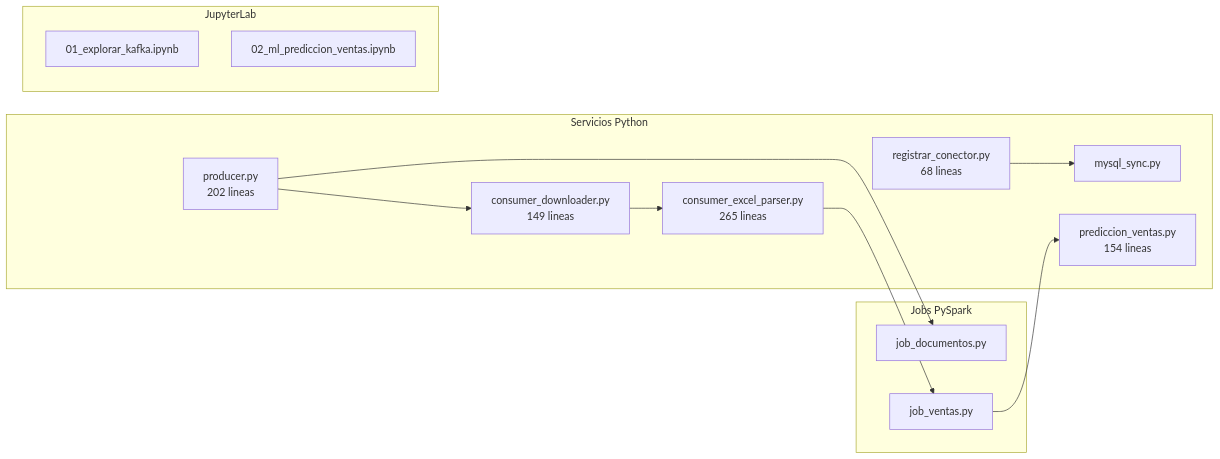
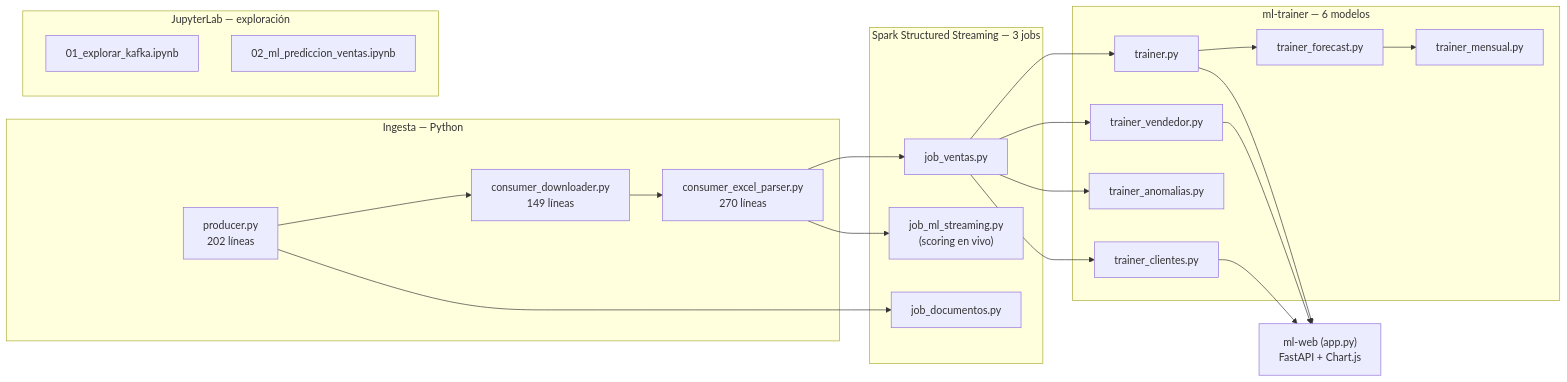
The diagram in docs/componentes/index.md (AlessandroPastor/BigData), drawn with Mermaid before and after one commit. The commit also changed other lines of this file and 28 other files, not shown here.

````diff
--- a/docs/componentes/index.md
+++ b/docs/componentes/index.md
@@ -5,28 +5,42 @@
 ```mermaid
 flowchart LR
-    subgraph PYTHON["Servicios Python"]
-        P["producer.py\n202 lineas"]
-        D["consumer_downloader.py\n149 lineas"]
-        E["consumer_excel_parser.py\n265 lineas"]
-        M["mysql_sync.py"]
-        R["registrar_conector.py\n68 lineas"]
-        ML["prediccion_ventas.py\n154 lineas"]
+    subgraph INGESTA["Ingesta — Python"]
+        P["producer.py\n202 líneas"]
+        D["consumer_downloader.py\n149 líneas"]
+        E["consumer_excel_parser.py\n270 líneas"]
     end
 
-    subgraph SPARK["Jobs PySpark"]
+    subgraph SPARK["Spark Structured Streaming — 3 jobs"]
+        JV["job_ventas.py"]
         JD["job_documentos.py"]
-        JV["job_ventas.py"]
+        JML["job_ml_streaming.py\n(scoring en vivo)"]
     end
 
-    subgraph NOTEBOOKS["JupyterLab"]
+    subgraph ML["ml-trainer — 6 modelos"]
+        T1["trainer.py"]
+        T2["trainer_vendedor.py"]
+        T3["trainer_anomalias.py"]
+        T4["trainer_clientes.py"]
+        T5["trainer_forecast.py"]
+        T6["trainer_mensual.py"]
+    end
+
+    WEB["ml-web (app.py)\nFastAPI + Chart.js"]
+
+    subgraph NOTEBOOKS["JupyterLab — exploración"]
         N1["01_explorar_kafka.ipynb"]
         N2["02_ml_prediccion_ventas.ipynb"]
     end
 
-    P --> D
-    D --> E
-    E --> JV
+    P --> D --> E --> JV
     P --> JD
-    JV --> ML
-    R --> M
+    E --> JML
+    JV --> T1
+    T1 --> T5 --> T6
+    JV --> T2
+    JV --> T3
+    JV --> T4
+    T1 --> WEB
+    T2 --> WEB
+    T4 --> WEB
 ```
````
